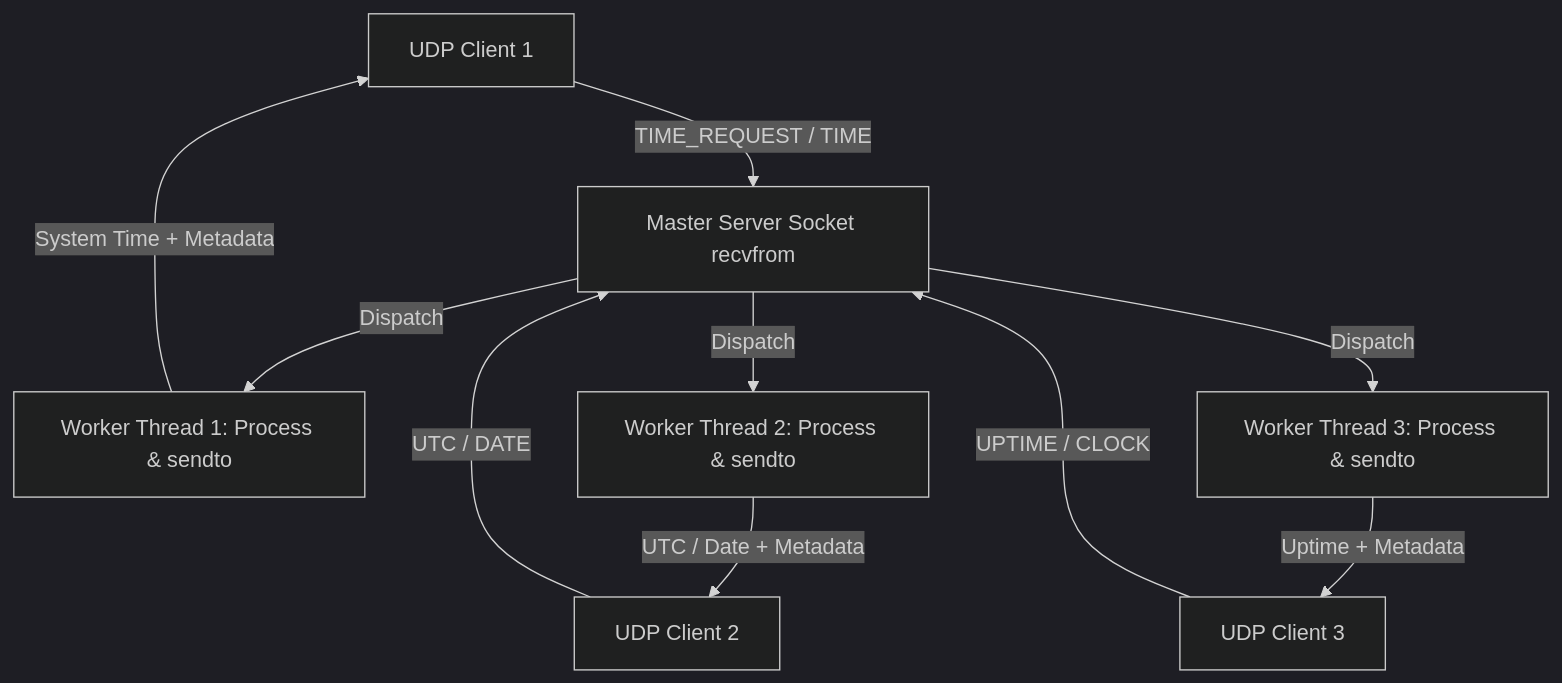
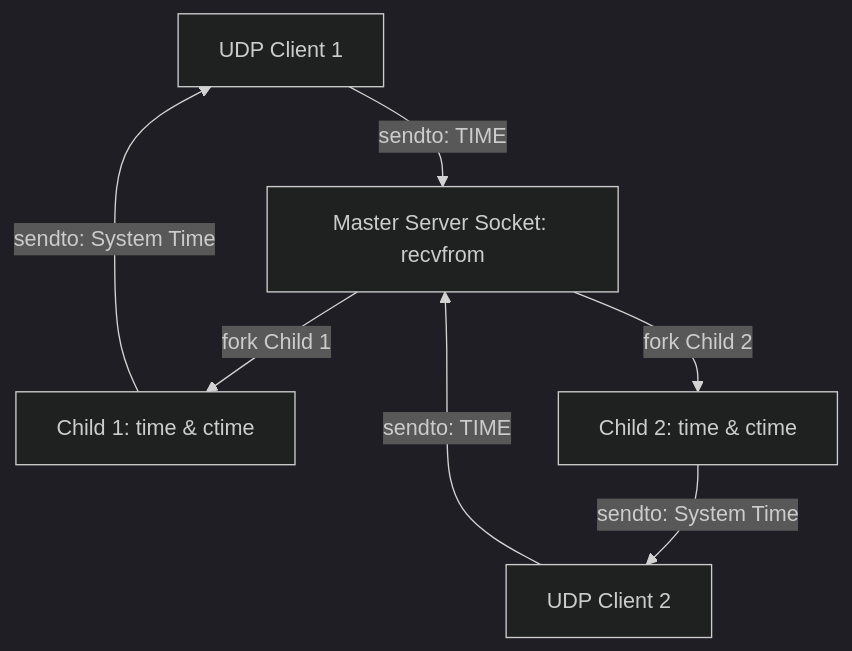
One commit to tott1o/networks_lab_ktu_s5_24scheme changed the first of 2 diagrams in exp08_udp_concurrent_time_server/RECORD.md. Above: the diagram before and after it, drawn with Mermaid (dark theme). The commit also changed other lines of this file and 66 other files, not shown here.

````diff
--- a/exp08_udp_concurrent_time_server/RECORD.md
+++ b/exp08_udp_concurrent_time_server/RECORD.md
@@ -34,12 +33,9 @@
 ```mermaid
 graph TD
-    A[UDP Client 1] -->|TIME_REQUEST / TIME| S[Master Server Socket recvfrom]
-    B[UDP Client 2] -->|UTC / DATE| S
-    C[UDP Client 3] -->|UPTIME / CLOCK| S
-    S -->|Dispatch| W1[Worker Thread 1: Process & sendto]
-    S -->|Dispatch| W2[Worker Thread 2: Process & sendto]
-    S -->|Dispatch| W3[Worker Thread 3: Process & sendto]
-    W1 -->|System Time + Metadata| A
-    W2 -->|UTC / Date + Metadata| B
-    W3 -->|Uptime + Metadata| C
+    A[UDP Client 1] -->|sendto: TIME| S[Master Server Socket: recvfrom]
+    B[UDP Client 2] -->|sendto: TIME| S
+    S -->|fork Child 1| W1[Child 1: time & ctime]
+    S -->|fork Child 2| W2[Child 2: time & ctime]
+    W1 -->|sendto: System Time| A
+    W2 -->|sendto: System Time| B
 ```
````
